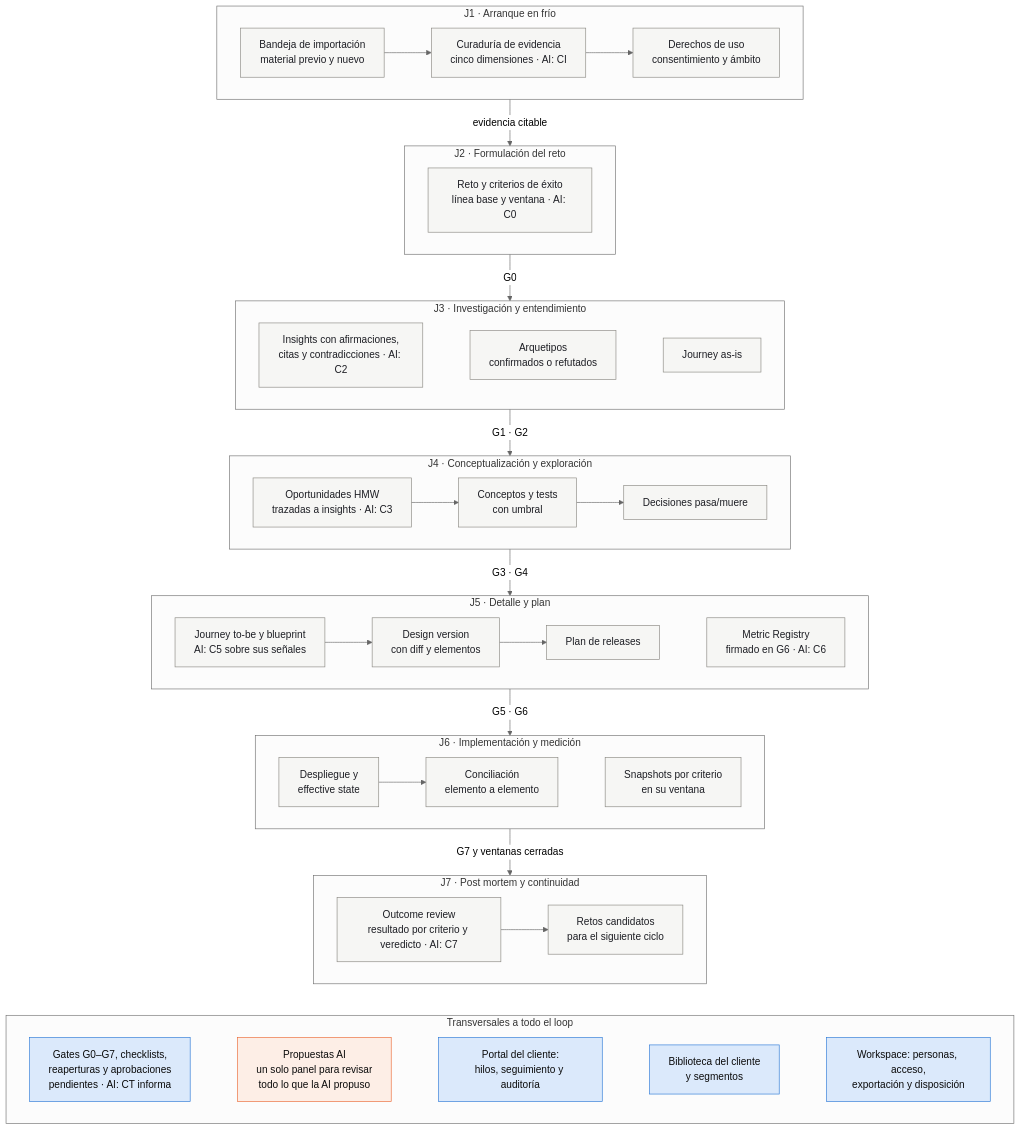
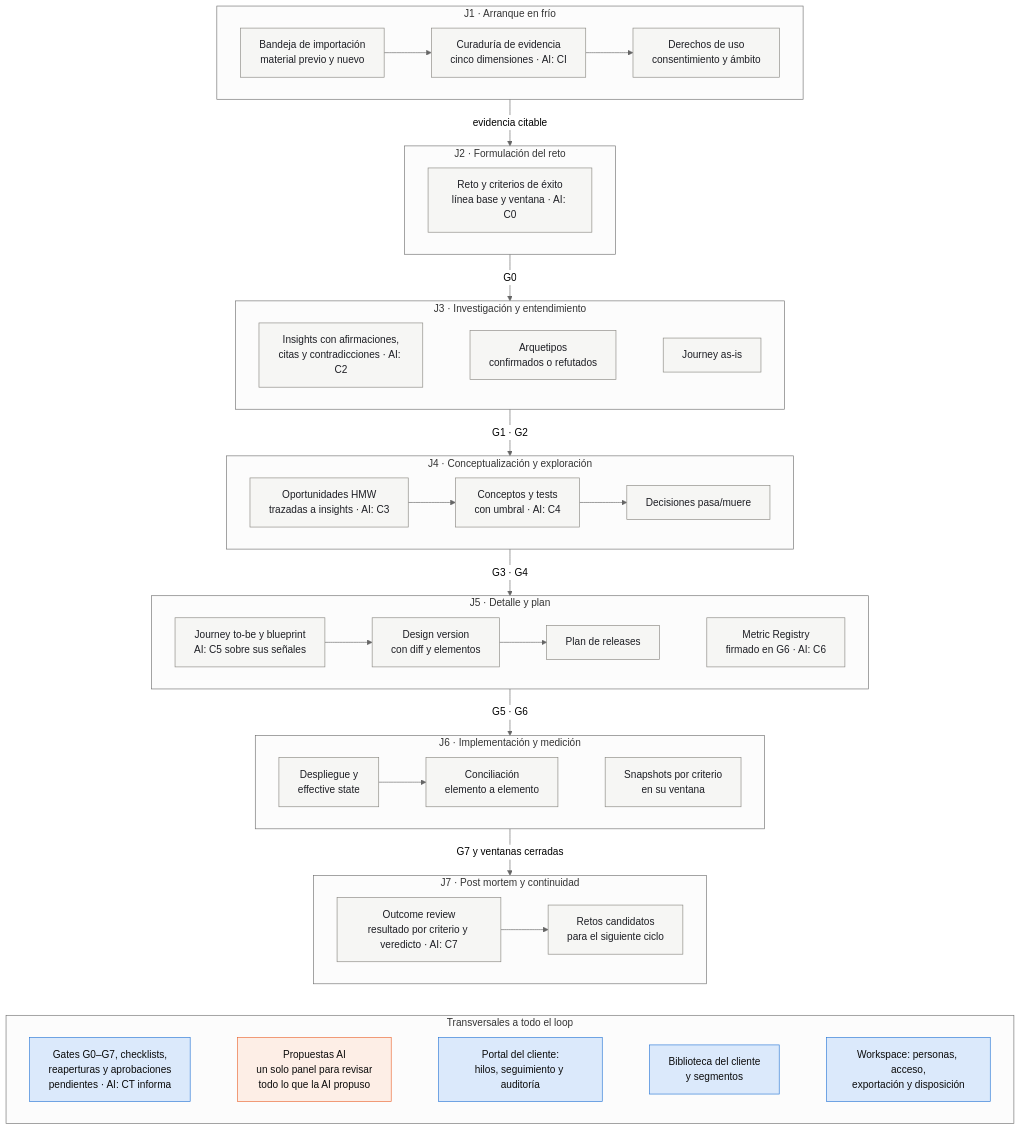
One commit to jtrujillo-ws/designio-app changed the third of 4 diagrams in docs/DESIGNIO-COMPLETE.md. Above: the diagram before and after it, drawn with Mermaid (neutral theme). The commit also changed other lines of this file, not shown here.

````diff
--- a/docs/DESIGNIO-COMPLETE.md
+++ b/docs/DESIGNIO-COMPLETE.md
@@ -265,75 +266,75 @@
 ```mermaid
 flowchart TB
   subgraph J1["J1 · Arranque en frío"]
     direction LR
     F_IMP["Bandeja de importación<br/>material previo y nuevo"]
     F_CUR["Curaduría de evidencia<br/>cinco dimensiones · AI: CI"]
     F_DER["Derechos de uso<br/>consentimiento y ámbito"]
     F_IMP --> F_CUR --> F_DER
   end
   subgraph J2["J2 · Formulación del reto"]
     direction LR
     F_RET["Reto y criterios de éxito<br/>línea base y ventana · AI: C0"]
   end
   subgraph J3["J3 · Investigación y entendimiento"]
     direction LR
     F_INS["Insights con afirmaciones,<br/>citas y contradicciones · AI: C2"]
     F_ARQ["Arquetipos<br/>confirmados o refutados"]
     F_ASIS["Journey as-is"]
     F_INS ~~~ F_ARQ ~~~ F_ASIS
   end
   subgraph J4["J4 · Conceptualización y exploración"]
     direction LR
     F_HMW["Oportunidades HMW<br/>trazadas a insights · AI: C3"]
-    F_CON["Conceptos y tests<br/>con umbral"]
+    F_CON["Conceptos y tests<br/>con umbral · AI: C4"]
     F_DEC["Decisiones pasa/muere"]
     F_HMW --> F_CON --> F_DEC
   end
   subgraph J5["J5 · Detalle y plan"]
     direction LR
     F_TOBE["Journey to-be y blueprint<br/>AI: C5 sobre sus señales"]
     F_DV["Design version<br/>con diff y elementos"]
     F_REL["Plan de releases"]
     F_REG["Metric Registry<br/>firmado en G6 · AI: C6"]
     F_TOBE --> F_DV --> F_REL
     F_REL ~~~ F_REG
   end
   subgraph J6["J6 · Implementación y medición"]
     direction LR
     F_DEP["Despliegue y<br/>effective state"]
     F_CONC["Conciliación<br/>elemento a elemento"]
     F_SNAP["Snapshots por criterio<br/>en su ventana"]
     F_DEP --> F_CONC
     F_CONC ~~~ F_SNAP
   end
   subgraph J7["J7 · Post mortem y continuidad"]
     direction LR
     F_PM["Outcome review<br/>resultado por criterio y veredicto · AI: C7"]
     F_CAND["Retos candidatos<br/>para el siguiente ciclo"]
     F_PM --> F_CAND
   end
   subgraph TR["Transversales a todo el loop"]
     direction LR
     F_GOB["Gates G0–G7, checklists,<br/>reaperturas y aprobaciones<br/>pendientes · AI: CT informa"]
     F_AI["Propuestas AI<br/>un solo panel para revisar<br/>todo lo que la AI propuso"]
     F_POR["Portal del cliente:<br/>hilos, seguimiento y auditoría"]
     F_BIB["Biblioteca del cliente<br/>y segmentos"]
     F_WS["Workspace: personas, acceso,<br/>exportación y disposición"]
     F_GOB ~~~ F_AI ~~~ F_POR ~~~ F_BIB ~~~ F_WS
   end
 
   J1 -->|evidencia citable| J2
   J2 -->|G0| J3
   J3 -->|G1 · G2| J4
   J4 -->|G3 · G4| J5
   J5 -->|G5 · G6| J6
   J6 -->|G7 y ventanas cerradas| J7
   J7 ~~~ TR
 
   classDef etapa fill:#f6f6f4,stroke:#898781,color:#1d1e24
   classDef tr fill:#dbe9fb,stroke:#2a78d6,color:#0b0b0b
   classDef ai fill:#fdeee6,stroke:#eb6834,color:#0b0b0b
   class F_IMP,F_CUR,F_DER,F_RET,F_INS,F_ARQ,F_ASIS,F_HMW,F_CON,F_DEC,F_TOBE,F_DV,F_REL,F_REG,F_DEP,F_CONC,F_SNAP,F_PM,F_CAND etapa
   class F_GOB,F_POR,F_BIB,F_WS tr
   class F_AI ai
 ```
````
